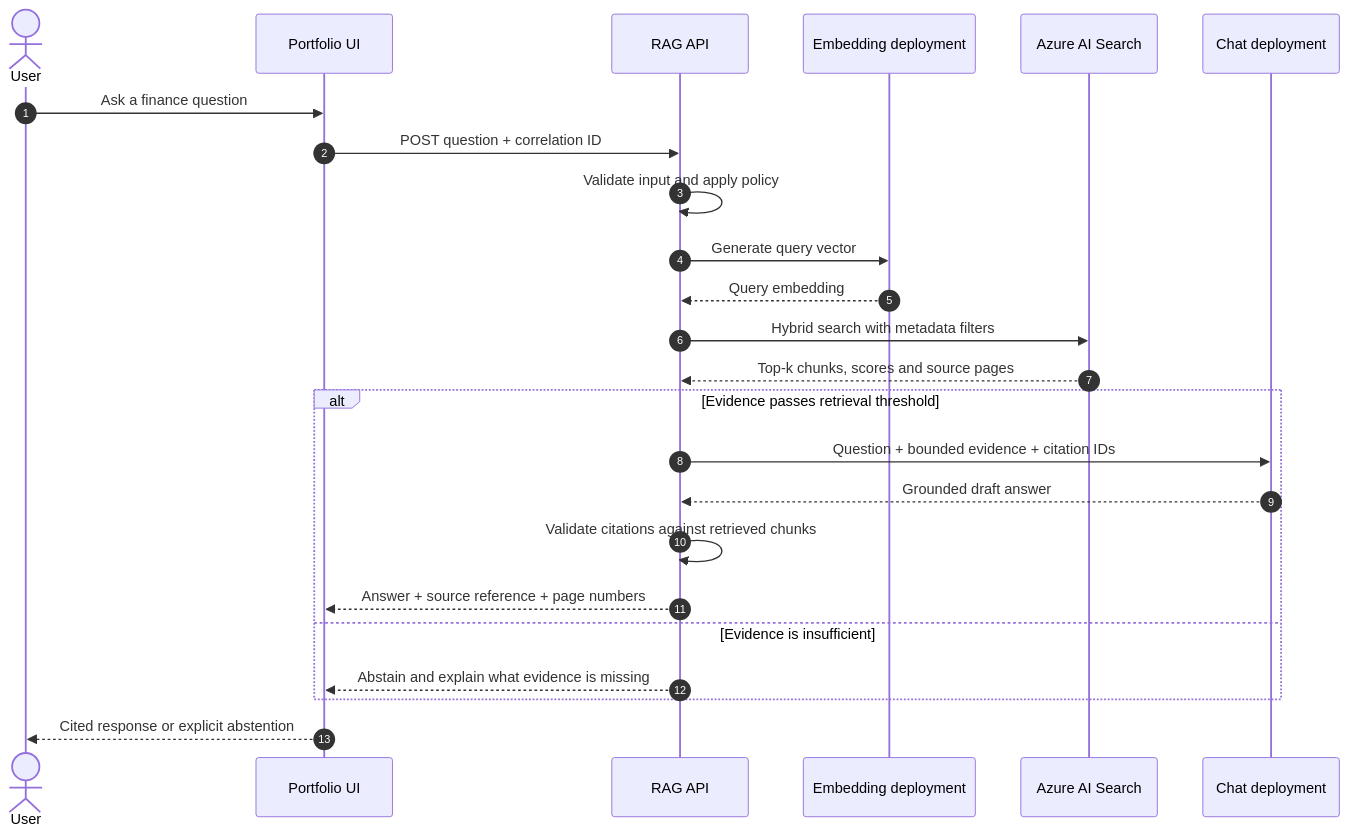
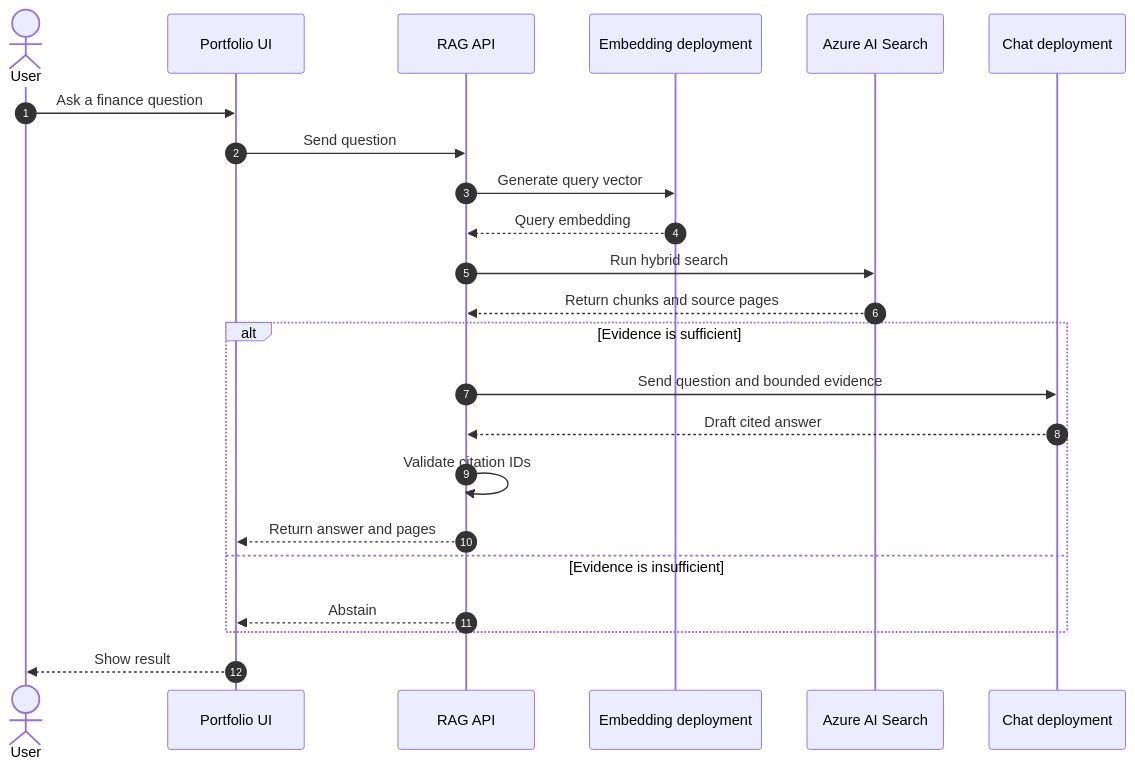
One commit to kenjihilasak/uol-finance-ai-assistant changed the third of 3 diagrams in docs/overview/project-architecture.md. Above: the diagram before and after it, drawn with Mermaid. The commit also changed other lines of this file and 10 other files, not shown here.

````diff
--- a/docs/overview/project-architecture.md
+++ b/docs/overview/project-architecture.md
@@ -137,29 +101,28 @@
 ```mermaid
 sequenceDiagram
     autonumber
     actor User
     participant UI as Portfolio UI
     participant API as RAG API
     participant EMB as Embedding deployment
     participant SEARCH as Azure AI Search
     participant LLM as Chat deployment
 
     User->>UI: Ask a finance question
-    UI->>API: POST question + correlation ID
-    API->>API: Validate input and apply policy
+    UI->>API: Send question
     API->>EMB: Generate query vector
     EMB-->>API: Query embedding
-    API->>SEARCH: Hybrid search with metadata filters
-    SEARCH-->>API: Top-k chunks, scores and source pages
+    API->>SEARCH: Run hybrid search
+    SEARCH-->>API: Return chunks and source pages
 
-    alt Evidence passes retrieval threshold
-        API->>LLM: Question + bounded evidence + citation IDs
-        LLM-->>API: Grounded draft answer
-        API->>API: Validate citations against retrieved chunks
-        API-->>UI: Answer + source reference + page numbers
+    alt Evidence is sufficient
+        API->>LLM: Send question and bounded evidence
+        LLM-->>API: Draft cited answer
+        API->>API: Validate citation IDs
+        API-->>UI: Return answer and pages
     else Evidence is insufficient
-        API-->>UI: Abstain and explain what evidence is missing
+        API-->>UI: Abstain
     end
 
-    UI-->>User: Cited response or explicit abstention
+    UI-->>User: Show result
 ```
````
